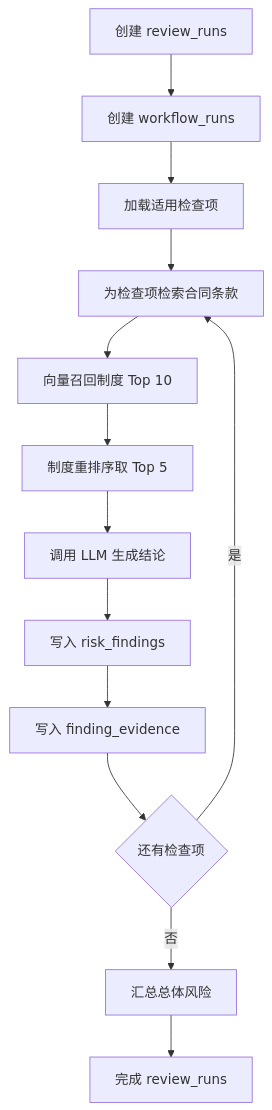
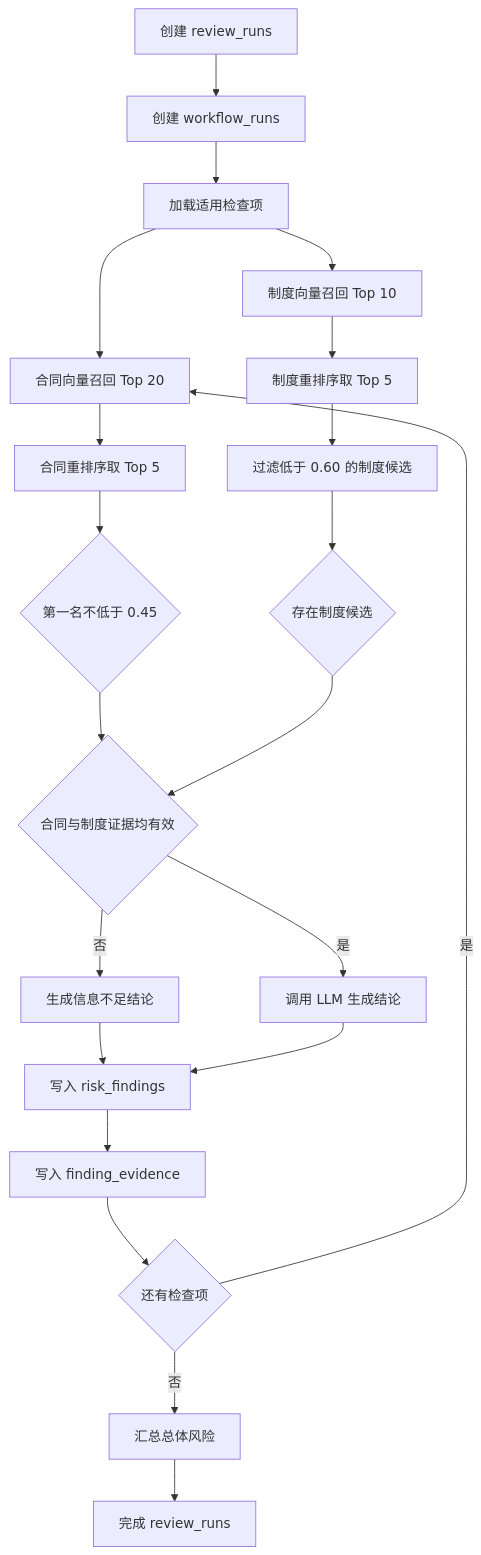
One commit to Damei-you/Intelligent-approval-assistance-platform changed the second of 2 diagrams in docs/database-design.md. Above: the diagram before and after it, drawn with Mermaid. The commit also changed other lines of this file and 10 other files, not shown here.

````diff
--- a/docs/database-design.md
+++ b/docs/database-design.md
@@ -254,15 +255,23 @@
 ```mermaid
 flowchart TD
     A[创建 review_runs] --> B[创建 workflow_runs]
     B --> C[加载适用检查项]
-    C --> D[为检查项检索合同条款]
-    D --> E[向量召回制度 Top 10]
+    C --> D[合同向量召回 Top 20]
+    D --> DR[合同重排序取 Top 5]
+    DR --> DG{第一名不低于 0.45}
+    C --> E[制度向量召回 Top 10]
     E --> R[制度重排序取 Top 5]
-    R --> F[调用 LLM 生成结论]
+    R --> PF[过滤低于 0.60 的制度候选]
+    PF --> PG{存在制度候选}
+    DG --> X{合同与制度证据均有效}
+    PG --> X
+    X -- 是 --> F[调用 LLM 生成结论]
+    X -- 否 --> FI[生成信息不足结论]
+    FI --> G[写入 risk_findings]
     F --> G[写入 risk_findings]
     G --> H[写入 finding_evidence]
     H --> I{还有检查项}
     I -- 是 --> D
     I -- 否 --> J[汇总总体风险]
     J --> K[完成 review_runs]
 ```
````
